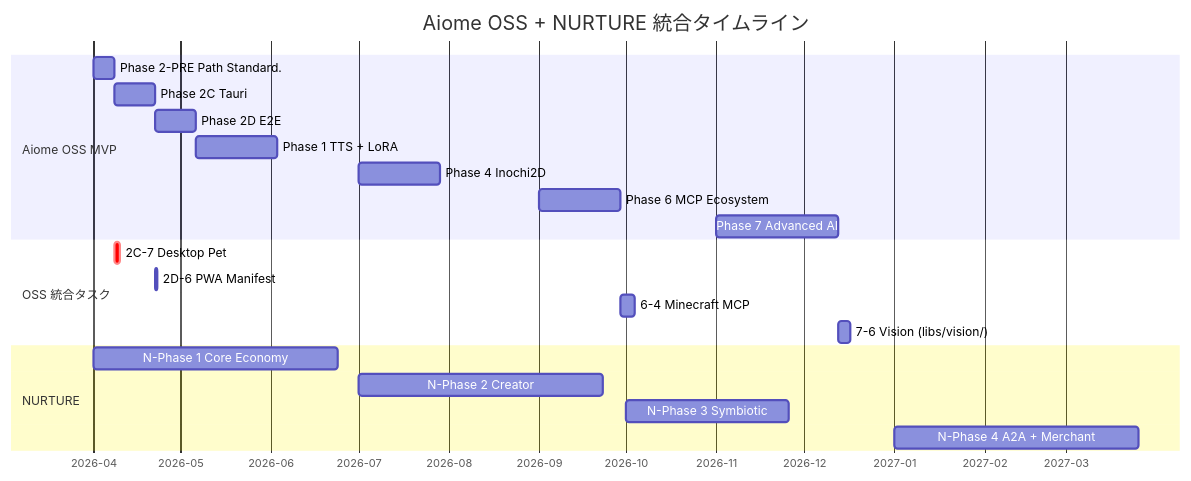
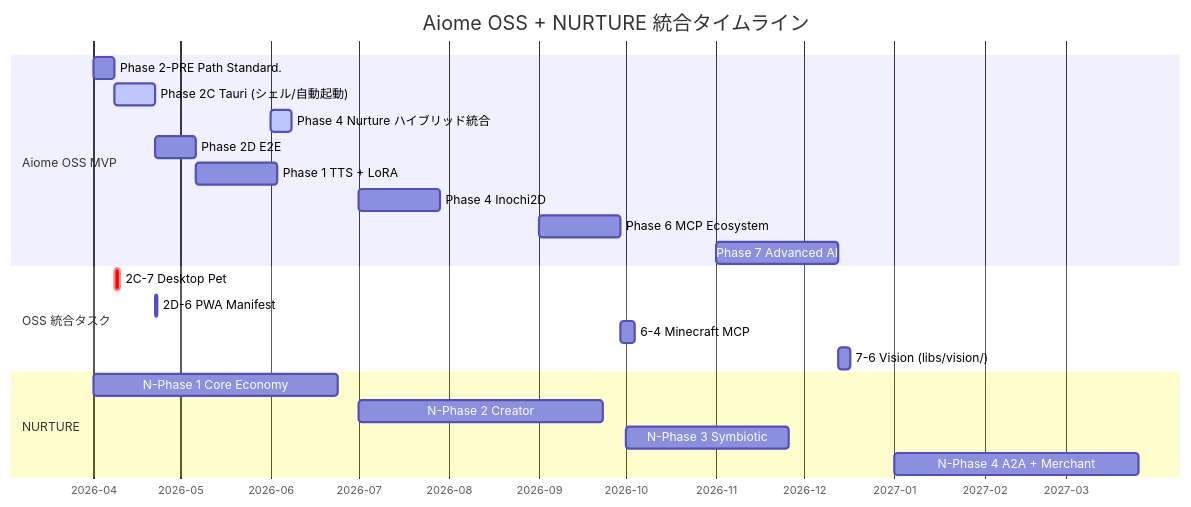
Before and after one commit to for4xex-droid/modular-open-claw: diagram 19 of 19 in docs/architecture/AIOME_NURTURE_SYNERGY.md, drawn with Mermaid. The commit also changed other lines of this file and 46 other files, not shown here.

````diff
--- a/docs/architecture/AIOME_NURTURE_SYNERGY.md
+++ b/docs/architecture/AIOME_NURTURE_SYNERGY.md
@@ -1044,27 +1073,28 @@
 ```mermaid
 gantt
     title Aiome OSS + NURTURE 統合タイムライン
     dateFormat YYYY-MM
     axisFormat %Y-%m
 
     section Aiome OSS MVP
     Phase 2-PRE Path Standard.  :a1, 2026-04, 1w
-    Phase 2C Tauri              :a2, after a1, 2w
+    Phase 2C Tauri (シェル/自動起動) :active, a2, after a1, 2w
+    Phase 4 Nurture ハイブリッド統合 :active, a2b, 2026-06, 1w
     Phase 2D E2E                :a3, after a2, 2w
     Phase 1 TTS + LoRA          :a4, after a3, 4w
     Phase 4 Inochi2D            :a5, 2026-07, 4w
     Phase 6 MCP Ecosystem       :a6, 2026-09, 4w
     Phase 7 Advanced AI         :a7, 2026-11, 6w
 
     section OSS 統合タスク
     2C-7 Desktop Pet            :crit, o1, after a1, 2d
     2D-6 PWA Manifest           :o2, after a2, 1d
     6-4 Minecraft MCP           :o3, after a6, 5d
     7-6 Vision (libs/vision/)   :o4, after a7, 4d
 
     section NURTURE
     N-Phase 1 Core Economy      :n1, 2026-04, 12w
     N-Phase 2 Creator           :n2, 2026-07, 12w
     N-Phase 3 Symbiotic         :n3, 2026-10, 8w
     N-Phase 4 A2A + Merchant    :n4, 2027-01, 12w
 ```
````
